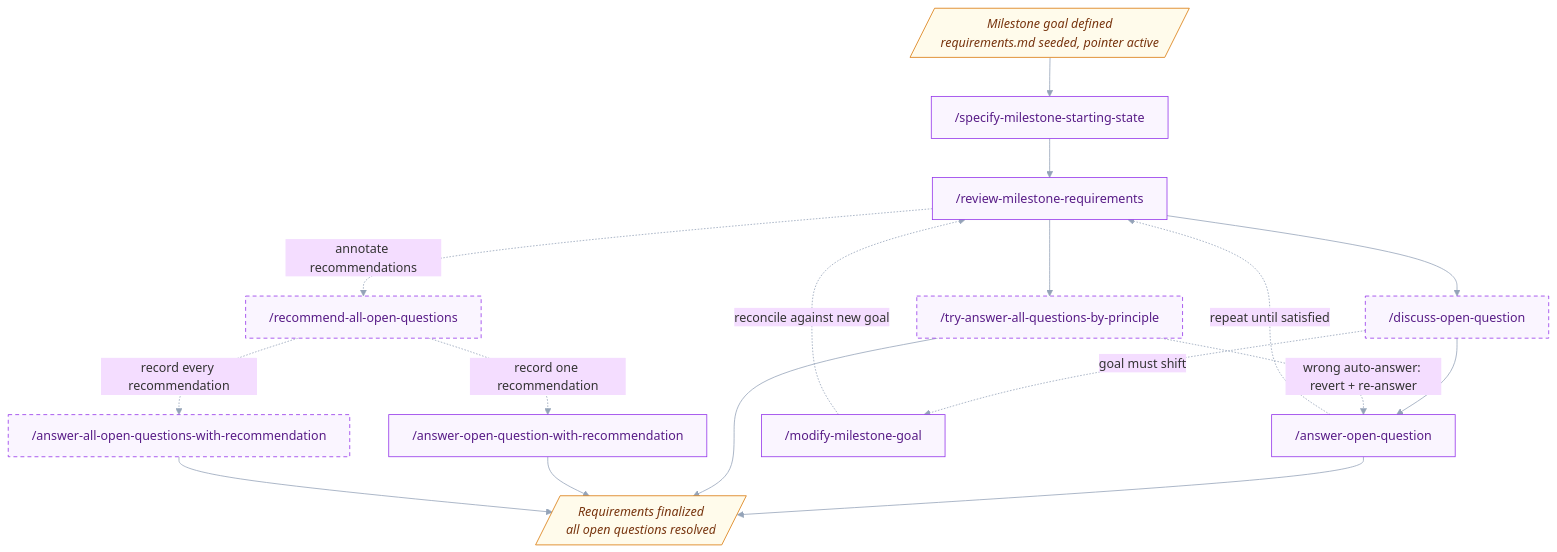
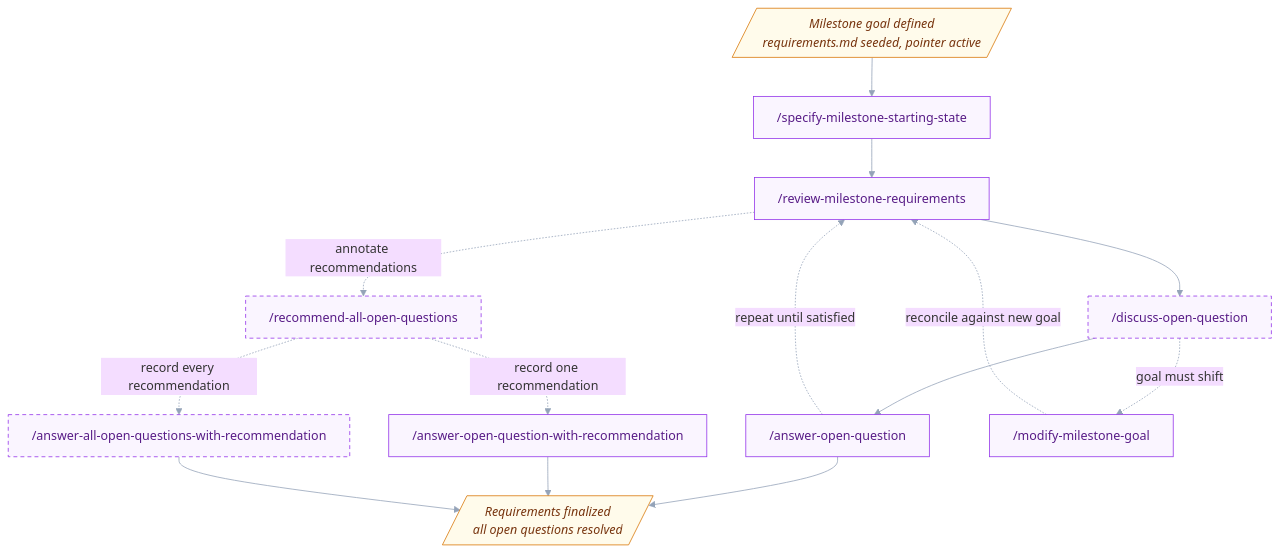
Before and after one commit to uHappyLogic/cairn: the third of 6 diagrams in README.md, drawn with Mermaid. The commit also changed other lines of this file and 2 other files, not shown here.

````diff
--- a/README.md
+++ b/README.md
@@ -106,37 +106,33 @@
 ```mermaid
 %%{init: {'theme':'base','themeVariables':{'fontFamily':'ui-sans-serif, system-ui','lineColor':'#94a3b8','primaryBorderColor':'#475569'},'flowchart':{'wrappingWidth':9999,'curve':'basis'}}}%%
 flowchart TD
     D1[/"Milestone goal defined<br/>requirements.md seeded, pointer active"/]
     ITM0["/specify-milestone-starting-state"]
     ITM1["/review-milestone-requirements"]
     ITM3["/discuss-open-question"]
     ITM4["/answer-open-question"]
-    ITM2["/try-answer-all-questions-by-principle"]
     ITM5["/recommend-all-open-questions"]
     ITM6["/answer-open-question-with-recommendation"]
     ITM8["/answer-all-open-questions-with-recommendation"]
     ITM7["/modify-milestone-goal"]
     D2[/"Requirements finalized<br/>all open questions resolved"/]
 
     D1 --> ITM0 --> ITM1
     ITM1 --> ITM3 --> ITM4
     ITM3 -.->|goal must shift| ITM7
     ITM7 -.->|reconcile against new goal| ITM1
     ITM4 -.->|repeat until satisfied| ITM1
     ITM4 --> D2
-    ITM1 --> ITM2
-    ITM2 -.->|wrong auto-answer: revert + re-answer| ITM4
-    ITM2 --> D2
     ITM1 -.->|annotate recommendations| ITM5
     ITM5 -.->|record one recommendation| ITM6
     ITM5 -.->|record every recommendation| ITM8
     ITM6 --> D2
     ITM8 --> D2
 
     classDef req fill:#faf5ff,stroke:#9333ea,color:#581c87;
     classDef optional stroke-dasharray:5 4;
     classDef state fill:#fffbeb,stroke:#d97706,color:#78350f,font-style:italic;
-    class ITM0,ITM1,ITM2,ITM3,ITM4,ITM5,ITM6,ITM7,ITM8 req;
-    class ITM2,ITM3,ITM5,ITM8 optional;
+    class ITM0,ITM1,ITM3,ITM4,ITM5,ITM6,ITM7,ITM8 req;
+    class ITM3,ITM5,ITM8 optional;
     class D1,D2 state;
 ```
````
